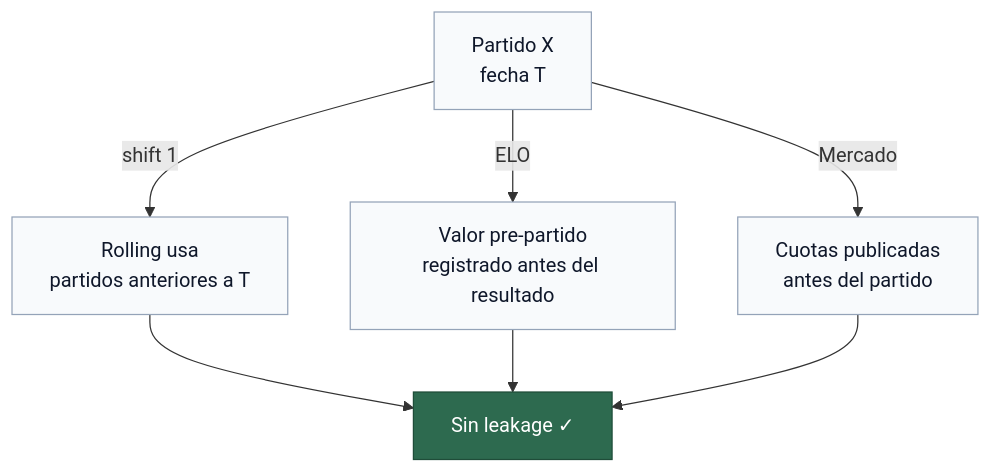
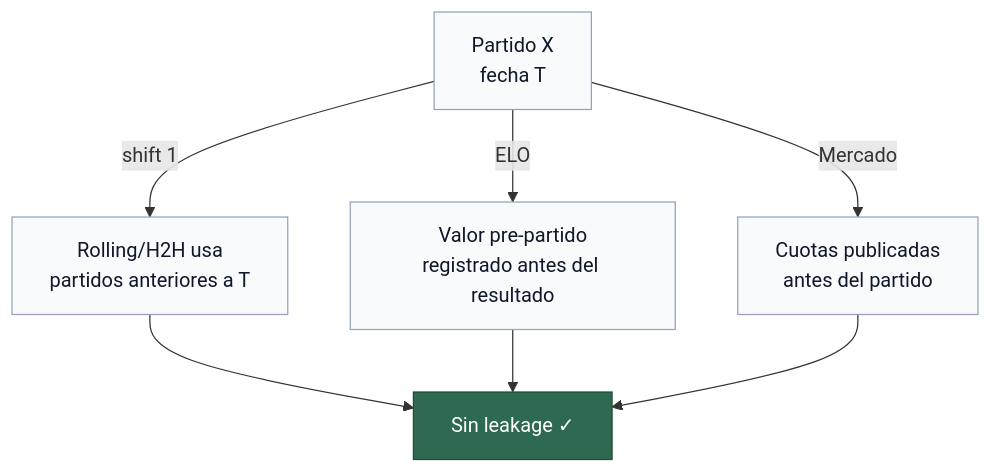
Before and after one commit to jorgepais02/PitchLens: the second of 2 diagrams in docs/06_features.md, drawn with Mermaid. The commit also changed other lines of this file and 9 other files, not shown here.

````diff
--- a/docs/06_features.md
+++ b/docs/06_features.md
@@ -116,16 +123,16 @@
 ```mermaid
 graph TD
     classDef ok fill:#2d6a4f,stroke:#1f4d39,color:#ffffff
     classDef neutral fill:#f8fafc,stroke:#94a3b8,color:#0f172a
 
-    A[Partido X<br/>fecha T] -->|shift 1| B[Rolling usa<br/>partidos anteriores a T]
+    A[Partido X<br/>fecha T] -->|shift 1| B[Rolling/H2H usa<br/>partidos anteriores a T]
     A -->|ELO| C[Valor pre-partido<br/>registrado antes del resultado]
     A -->|Mercado| D[Cuotas publicadas<br/>antes del partido]
 
     B --> E[Sin leakage ✓]
     C --> E
     D --> E
 
     class E ok
     class A,B,C,D neutral
 ```
````
